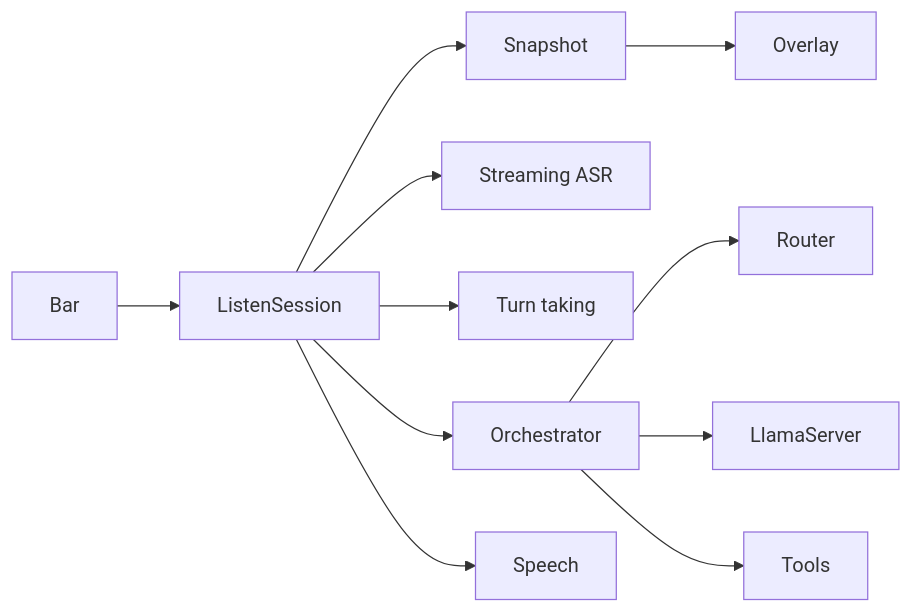
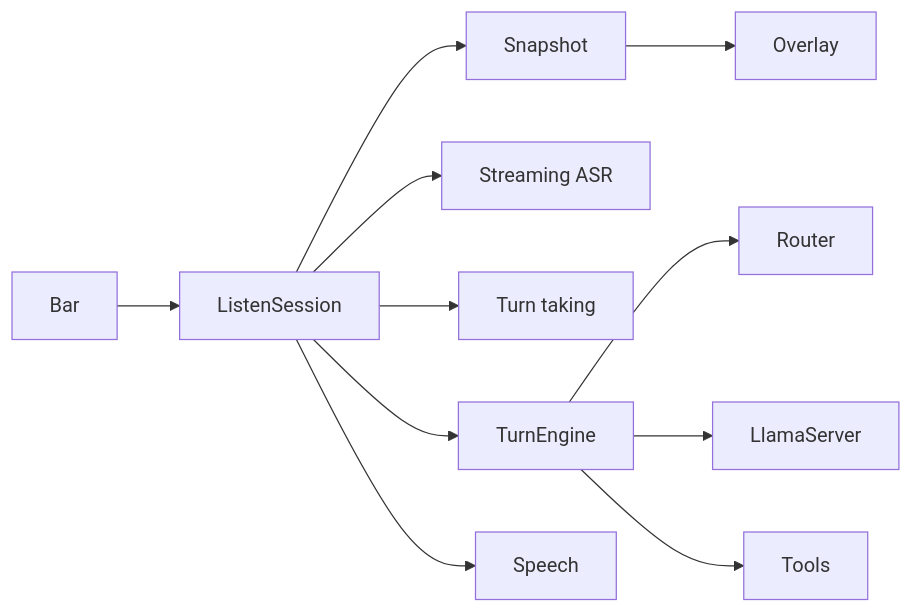
Before and after one commit to Janarthanam/agavai: the first of 4 diagrams in docs/flow.md, drawn with Mermaid. The commit also changed other lines of this file and 14 other files, not shown here.

Commit message:
Align architecture and runtime docs with the Agavai harness

````diff
--- a/docs/flow.md
+++ b/docs/flow.md
@@ -51,13 +70,13 @@
 ```mermaid
 flowchart LR
   Bar --> ListenSession
   ListenSession --> Snapshot
   Snapshot --> Overlay
   ListenSession --> StreamingAsr[Streaming ASR]
   ListenSession --> TurnTaking[Turn taking]
-  ListenSession --> Orchestrator
+  ListenSession --> TurnEngine
   ListenSession --> Speech
-  Orchestrator --> Router
-  Orchestrator --> LlamaServer
-  Orchestrator --> Tools
+  TurnEngine --> Router
+  TurnEngine --> LlamaServer
+  TurnEngine --> Tools
 ```
````
